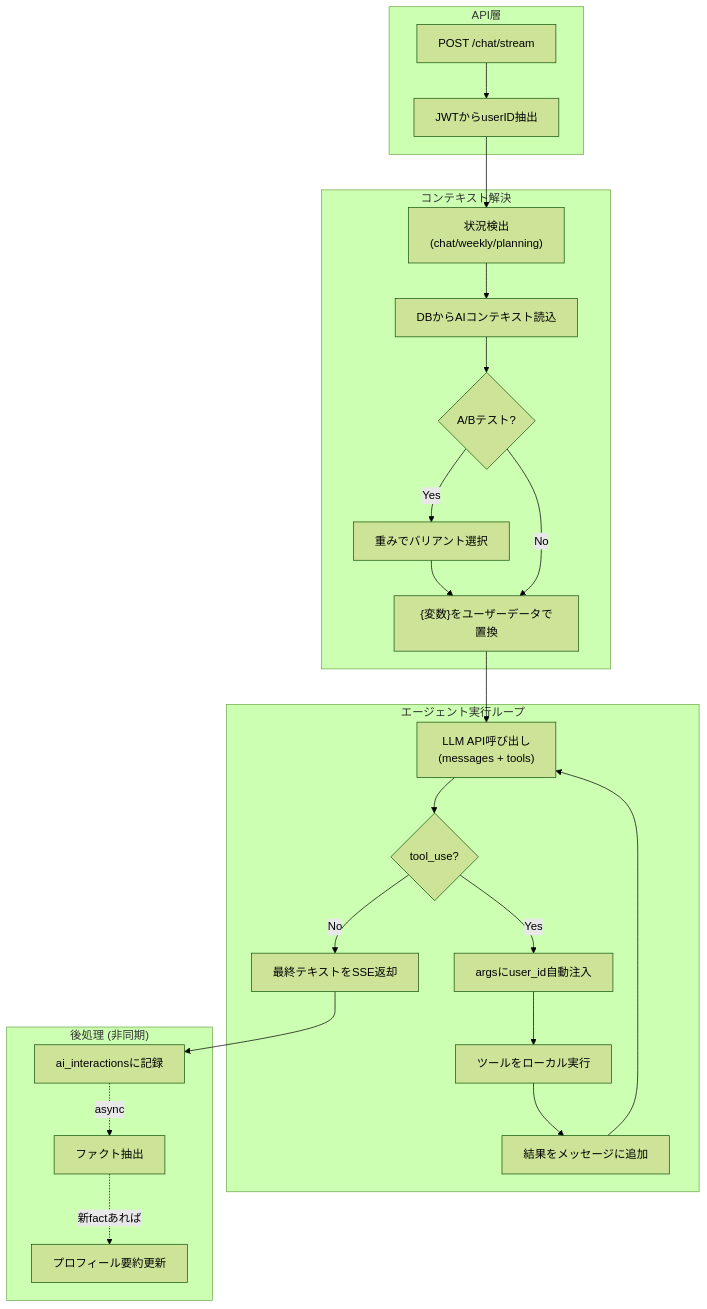
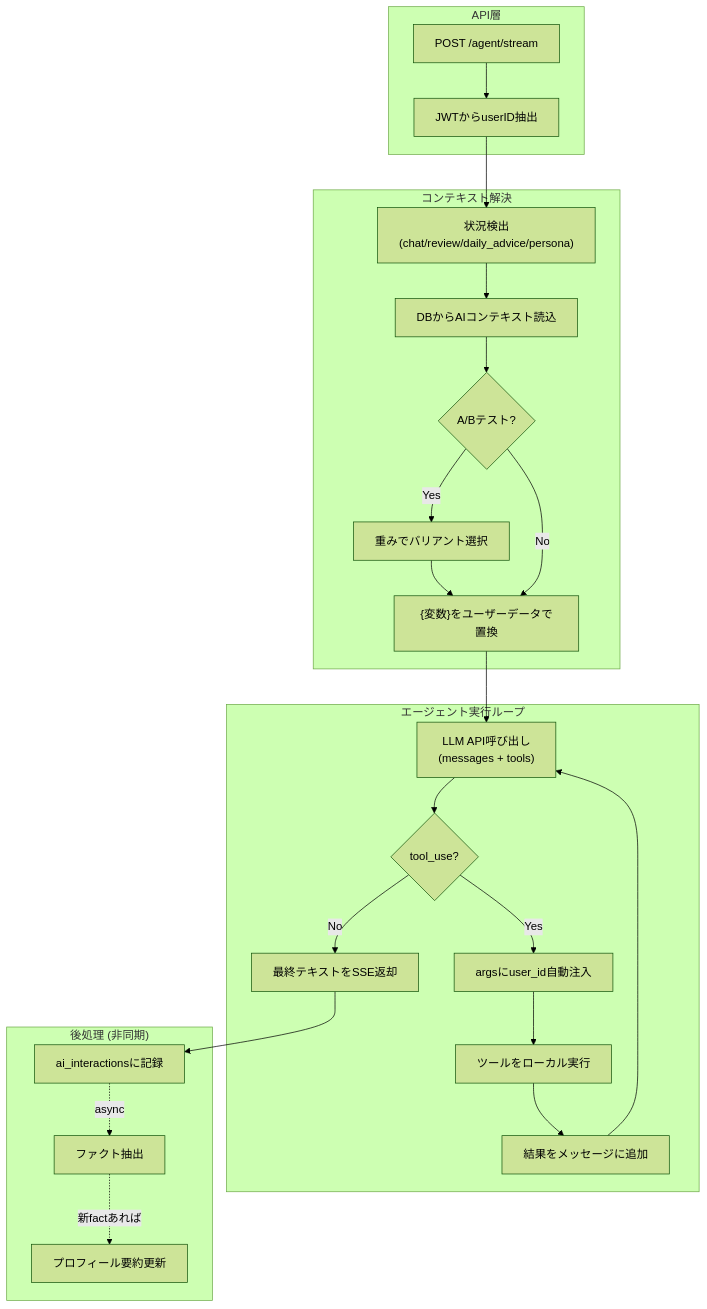
Before and after one commit to yu-min3/kensan: the first of 12 diagrams in kensan-ai/ARCHITECTURE.md, drawn with Mermaid (forest theme). The commit also changed other lines of this file and 172 other files, not shown here.

````diff
--- a/kensan-ai/ARCHITECTURE.md
+++ b/kensan-ai/ARCHITECTURE.md
@@ -85,44 +83,44 @@
 ```mermaid
 flowchart TB
     subgraph "API層"
-        Request["POST /chat/stream"]
+        Request["POST /agent/stream"]
         JWT["JWTからuserID抽出"]
     end
 
     subgraph "コンテキスト解決"
-        Detect["状況検出<br/>(chat/weekly/planning)"]
+        Detect["状況検出<br/>(chat/review/daily_advice/persona)"]
         Load["DBからAIコンテキスト読込"]
         AB{"A/Bテスト?"}
         ABSelect["重みでバリアント選択"]
         Replace["{変数}をユーザーデータで置換"]
     end
 
     subgraph "エージェント実行ループ"
         Call["LLM API呼び出し<br/>(messages + tools)"]
         Check{"tool_use?"}
         Inject["argsにuser_id自動注入"]
         Execute["ツールをローカル実行"]
         Append["結果をメッセージに追加"]
         Return["最終テキストをSSE返却"]
     end
 
     subgraph "後処理 (非同期)"
         Log["ai_interactionsに記録"]
         Extract["ファクト抽出"]
         Summarize["プロフィール要約更新"]
     end
 
     Request --> JWT --> Detect --> Load
     Load --> AB
     AB -->|Yes| ABSelect --> Replace
     AB -->|No| Replace
     Replace --> Call
 
     Call --> Check
     Check -->|Yes| Inject --> Execute --> Append --> Call
     Check -->|No| Return
 
     Return --> Log
     Log -.->|async| Extract
     Extract -.->|新factあれば| Summarize
 ```
````
